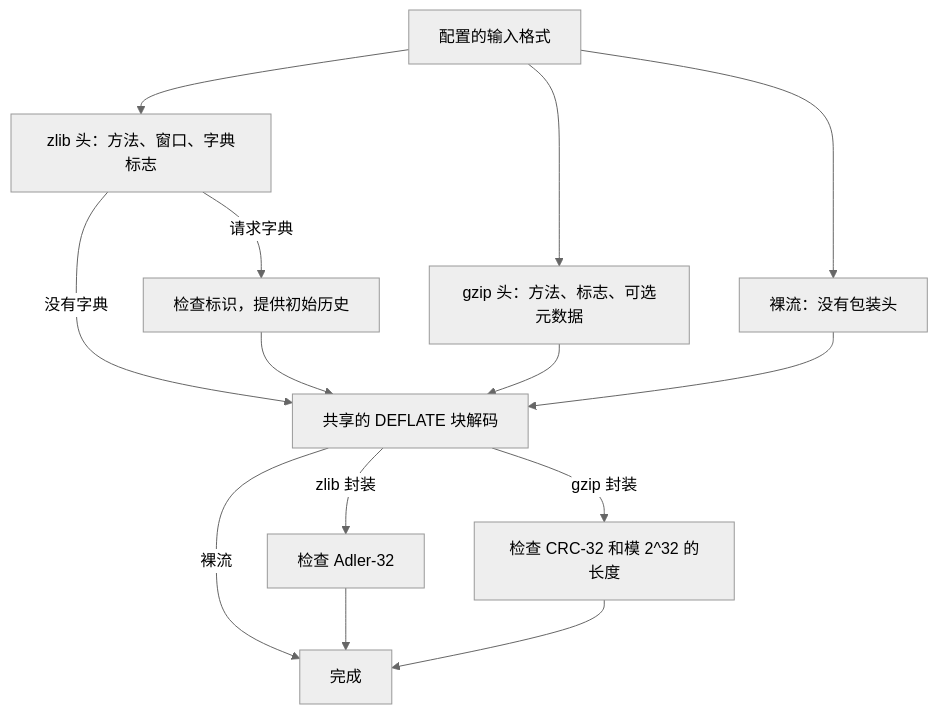
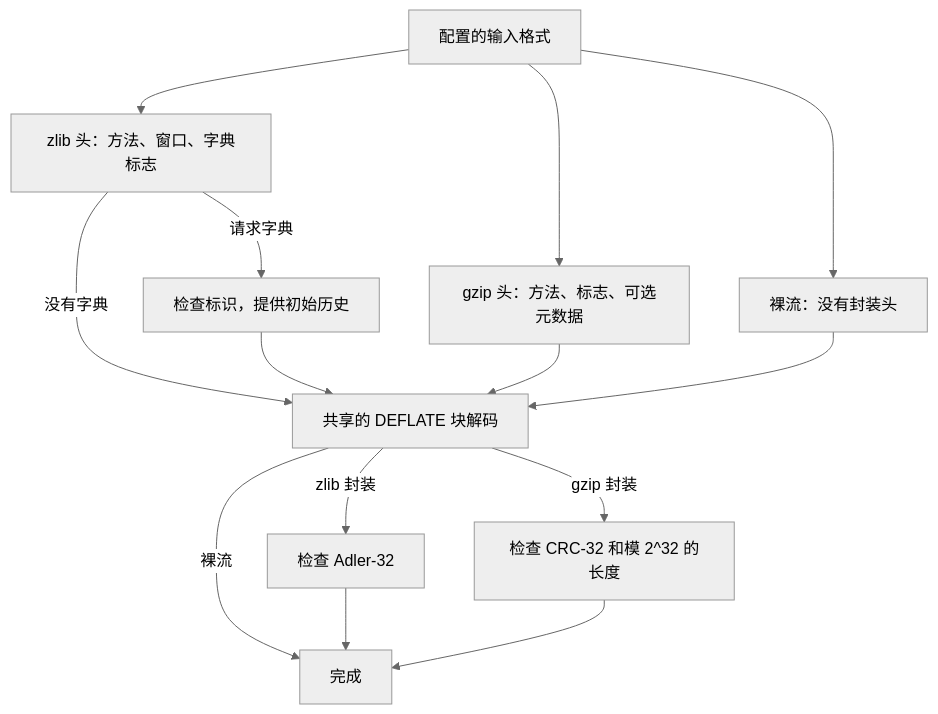
Before and after one commit to cla7aye15I4nd/oss-proof: the first of 3 diagrams in docs/guide/wrappers.zh.md, drawn with Mermaid (neutral theme). The commit also changed other lines of this file and 6 other files, not shown here.

````diff
--- a/docs/guide/wrappers.zh.md
+++ b/docs/guide/wrappers.zh.md
@@ -54,16 +54,16 @@
 ```mermaid
 flowchart TD
-    select["配置的输入格式"] --> raw["裸流：没有包装头"]
+    select["配置的输入格式"] --> raw["裸流：没有封装头"]
     select --> zh["zlib 头：方法、窗口、字典标志"]
     select --> gh["gzip 头：方法、标志、可选元数据"]
     zh -->|"请求字典"| dict["检查标识，提供初始历史"]
     zh -->|"没有字典"| body["共享的 DEFLATE 块解码"]
     dict --> body
     gh --> body
     raw --> body
     body -->|"裸流"| done["完成"]
     body -->|"zlib 封装"| za["检查 Adler-32"]
     body -->|"gzip 封装"| gc["检查 CRC-32 和模 2^32 的长度"]
     za --> done
     gc --> done
 ```
````
